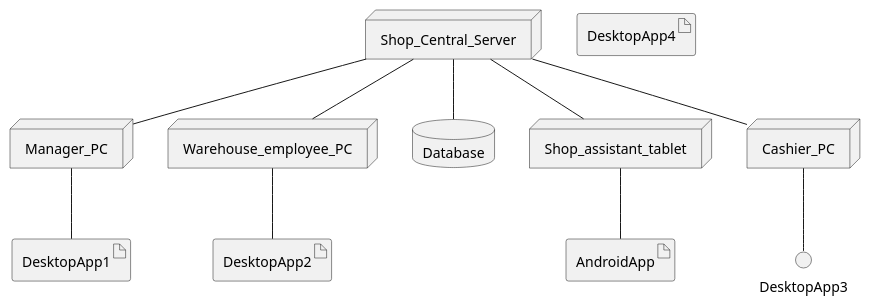
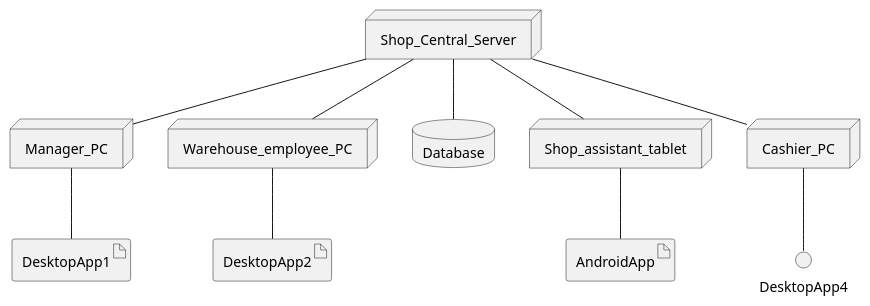
Before and after one commit to marco-ballario/EzShop: the third of 3 diagrams in Deliverables/RequirementsDocument.md, drawn with PlantUML.

````diff
--- a/Deliverables/RequirementsDocument.md
+++ b/Deliverables/RequirementsDocument.md
@@ -439,24 +439,24 @@
 ```plantuml
 node Manager_PC
 node Warehouse_employee_PC
 database Database
 node Shop_assistant_tablet
 node Cashier_PC
 node Shop_Central_Server
 
 artifact DesktopApp1
 artifact DesktopApp2
 artifact AndroidApp
-artifact DesktopApp4
+
 
 Shop_Central_Server -- Manager_PC
 Shop_Central_Server -- Warehouse_employee_PC
 Shop_Central_Server -- Database
 Shop_Central_Server -- Shop_assistant_tablet
 Shop_Central_Server -- Cashier_PC
 Manager_PC -- DesktopApp1
 Shop_assistant_tablet -- AndroidApp
 Warehouse_employee_PC -- DesktopApp2
-Cashier_PC -- DesktopApp3
+Cashier_PC -- DesktopApp4
 
 ```
````
